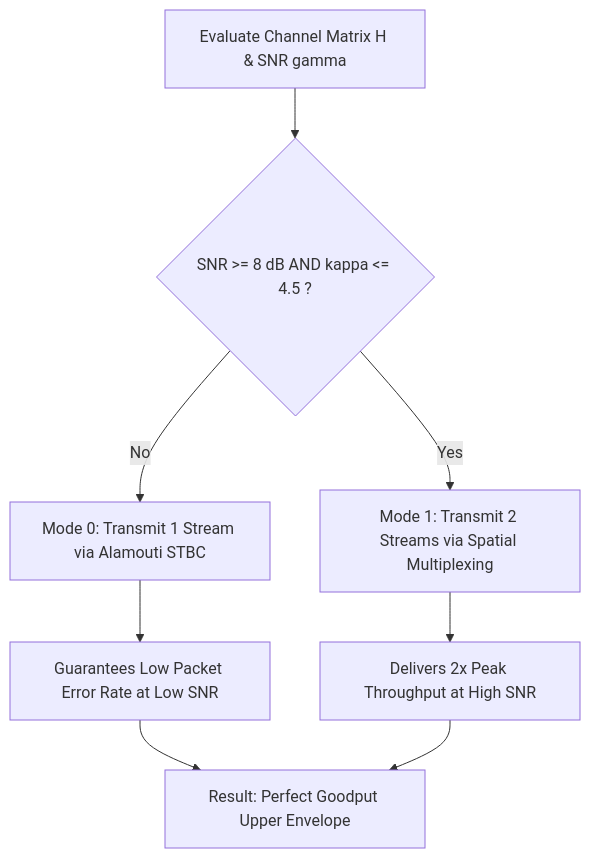
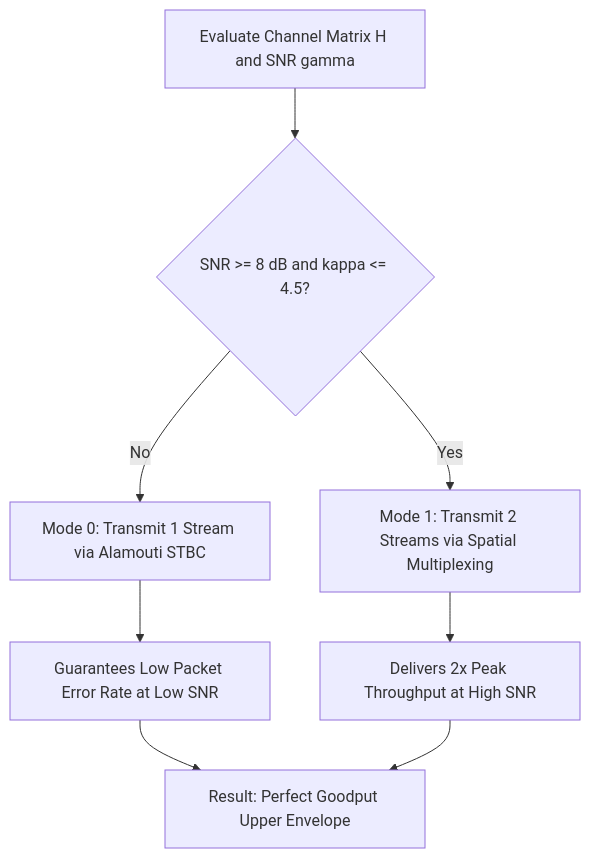
Before and after one commit to anupamsarashwat1-cloud/Mobile-communication-project: the diagram in 04_adaptive_mode_switching/README.md, drawn with Mermaid. The commit also changed 4 other files, not shown here.

Commit message:
fix(docs): quote all mermaid node labels and escape operators for GitHub markdown rendering

````diff
--- a/04_adaptive_mode_switching/README.md
+++ b/04_adaptive_mode_switching/README.md
@@ -44,9 +44,10 @@
 ```mermaid
 graph TD
-    A[Evaluate Channel Matrix H & SNR gamma] --> B{SNR >= 8 dB AND kappa <= 4.5 ?}
-    B -- No --> C[Mode 0: Transmit 1 Stream via Alamouti STBC]
-    B -- Yes --> D[Mode 1: Transmit 2 Streams via Spatial Multiplexing]
-    C --> E[Guarantees Low Packet Error Rate at Low SNR]
-    D --> F[Delivers 2x Peak Throughput at High SNR]
-    E & F --> G[Result: Perfect Goodput Upper Envelope]
+    A["Evaluate Channel Matrix H and SNR gamma"] --> B{"SNR >= 8 dB and kappa <= 4.5?"}
+    B -- "No" --> C["Mode 0: Transmit 1 Stream via Alamouti STBC"]
+    B -- "Yes" --> D["Mode 1: Transmit 2 Streams via Spatial Multiplexing"]
+    C --> E["Guarantees Low Packet Error Rate at Low SNR"]
+    D --> F["Delivers 2x Peak Throughput at High SNR"]
+    E --> G["Result: Perfect Goodput Upper Envelope"]
+    F --> G
 ```
````
